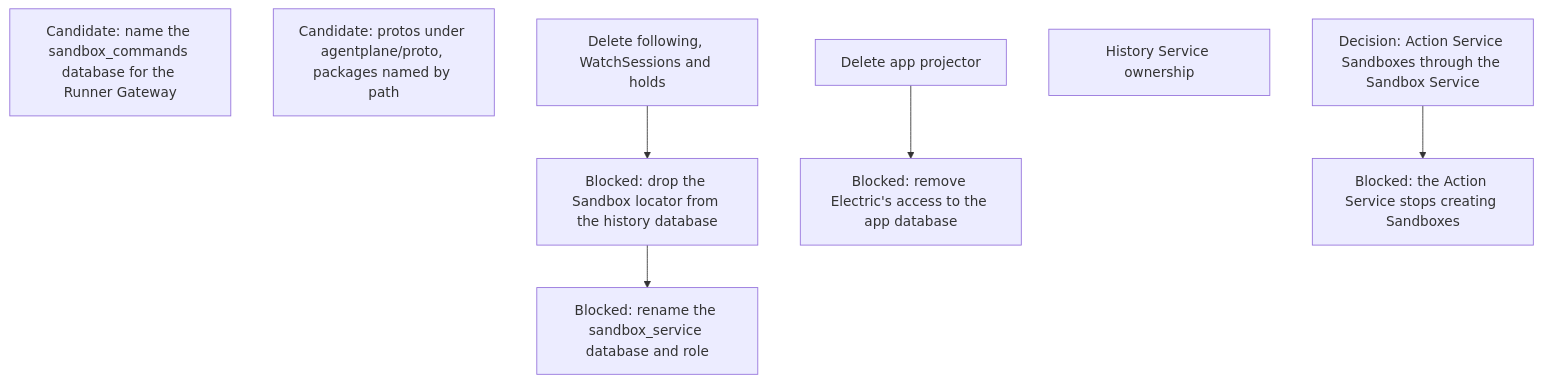
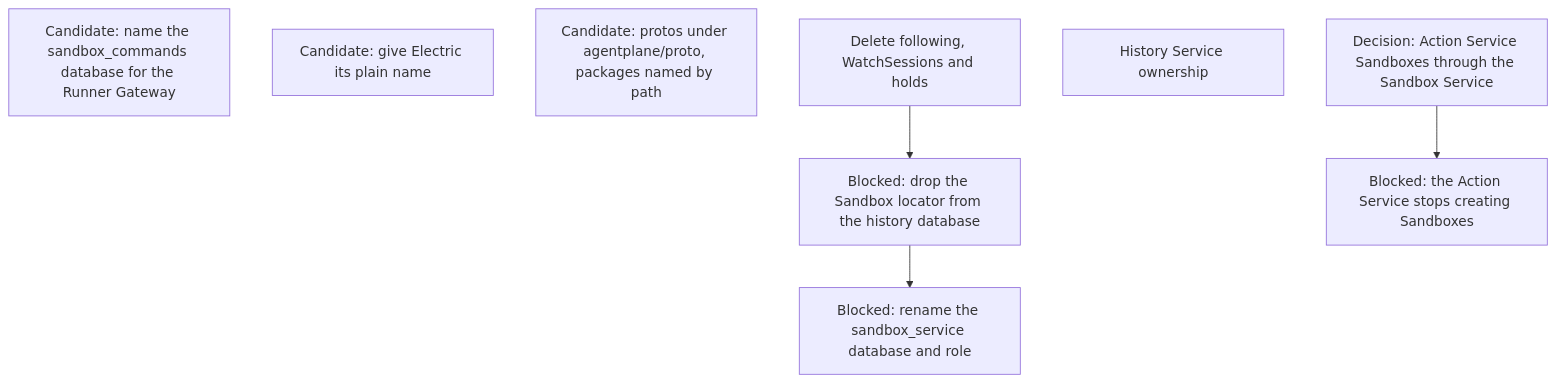
One commit to agentydragon-agent/ducktape changed the tenth of 13 diagrams in agentplane/plans/task_dag.md. Above: the diagram before and after it, drawn with Mermaid. The commit also changed other lines of this file and 117 other files, not shown here.

````diff
--- a/agentplane/plans/task_dag.md
+++ b/agentplane/plans/task_dag.md
@@ -734,16 +715,14 @@
 ```mermaid
 flowchart TD
     HISTORY_SANDBOX_LOCATOR_DROP[Blocked: drop the Sandbox locator from the history database]
     HISTORY_DATABASE_RENAME[Blocked: rename the sandbox_service database and role]
     SANDBOX_DATABASE_RENAME[Candidate: name the sandbox_commands database for the Runner Gateway]
-    APP_ELECTRIC_RETIRE[Blocked: remove Electric's access to the app database]
+    ELECTRIC_DEPLOYMENT_RENAME[Candidate: give Electric its plain name]
     PROTO_DIRECTORY[Candidate: protos under agentplane/proto, packages named by path]
     ACTION_SANDBOX_DESIGN[Decision: Action Service Sandboxes through the Sandbox Service]
     ACTION_SANDBOX_PROVISIONING[Blocked: the Action Service stops creating Sandboxes]
     ACTION_SANDBOX_DESIGN --> ACTION_SANDBOX_PROVISIONING
-    APP_PROJECTOR_RETIRE[Delete app projector]
     HISTORY_SERVICE_OWNERSHIP[History Service ownership]
     FOLLOW_PATH_RETIRE[Delete following, WatchSessions and holds] --> HISTORY_SANDBOX_LOCATOR_DROP
     HISTORY_SANDBOX_LOCATOR_DROP --> HISTORY_DATABASE_RENAME
-    APP_PROJECTOR_RETIRE --> APP_ELECTRIC_RETIRE
 ```
````
